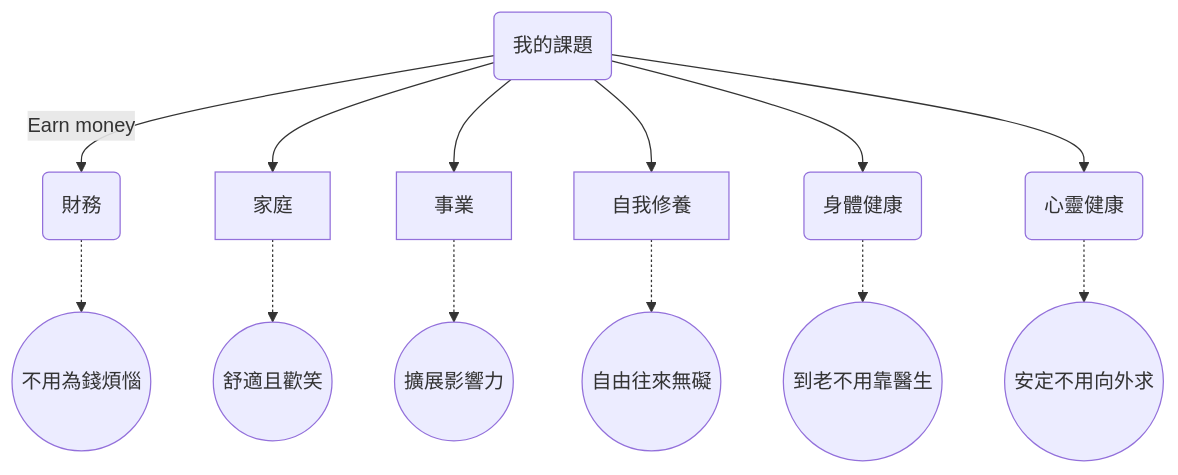
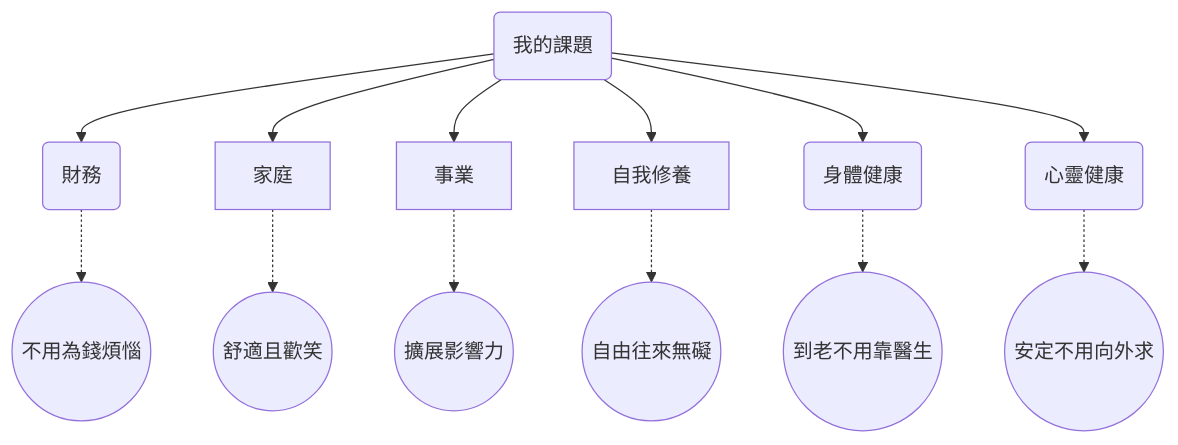
The diagram in source/_posts/life-paramid.md (gasolin/blog), drawn with Mermaid before and after one commit. The commit also changed other lines of this file, not shown here.

````diff
--- a/source/_posts/life-paramid.md
+++ b/source/_posts/life-paramid.md
@@ -23,15 +21,15 @@
 ```mermaid
 graph TD
-me(我的課題) -->|Earn money| finance(財務)
+me(我的課題) --> finance(財務)
 me --> family[家庭]
 me --> career[事業]
 me --> cultivate[自我修養]
 me --> health(身體健康)
 me --> mental(心靈健康)
 finance -.-> free((不用為錢煩惱))
 family -.-> happy((舒適且歡笑))
 career -.-> influence((擴展影響力))
 cultivate -.-> assessibility((自由往來無礙))
 health -.-> doctor_away((到老不用靠醫生))
 mental -.-> confident((安定不用向外求))
 ```
````
